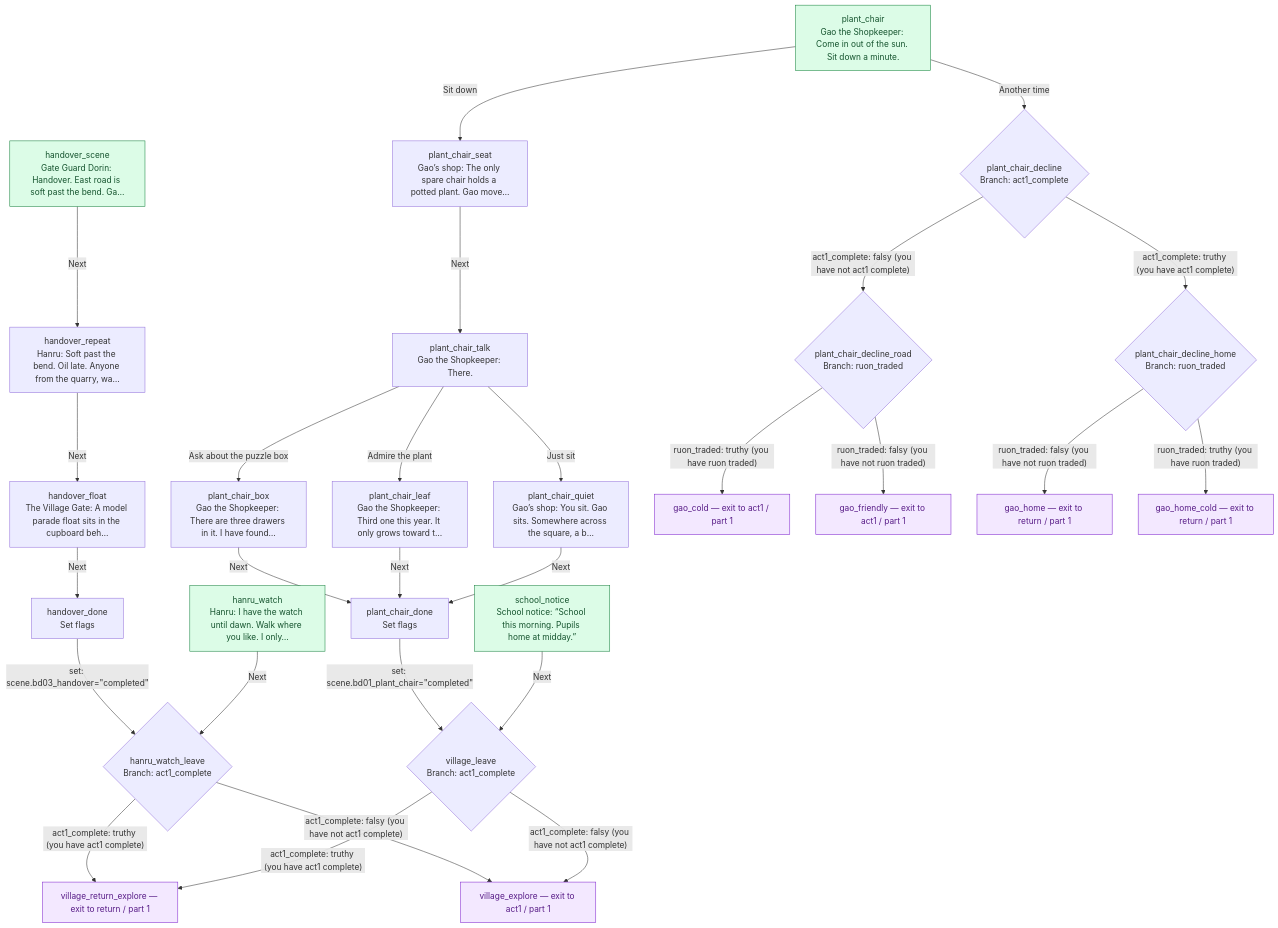
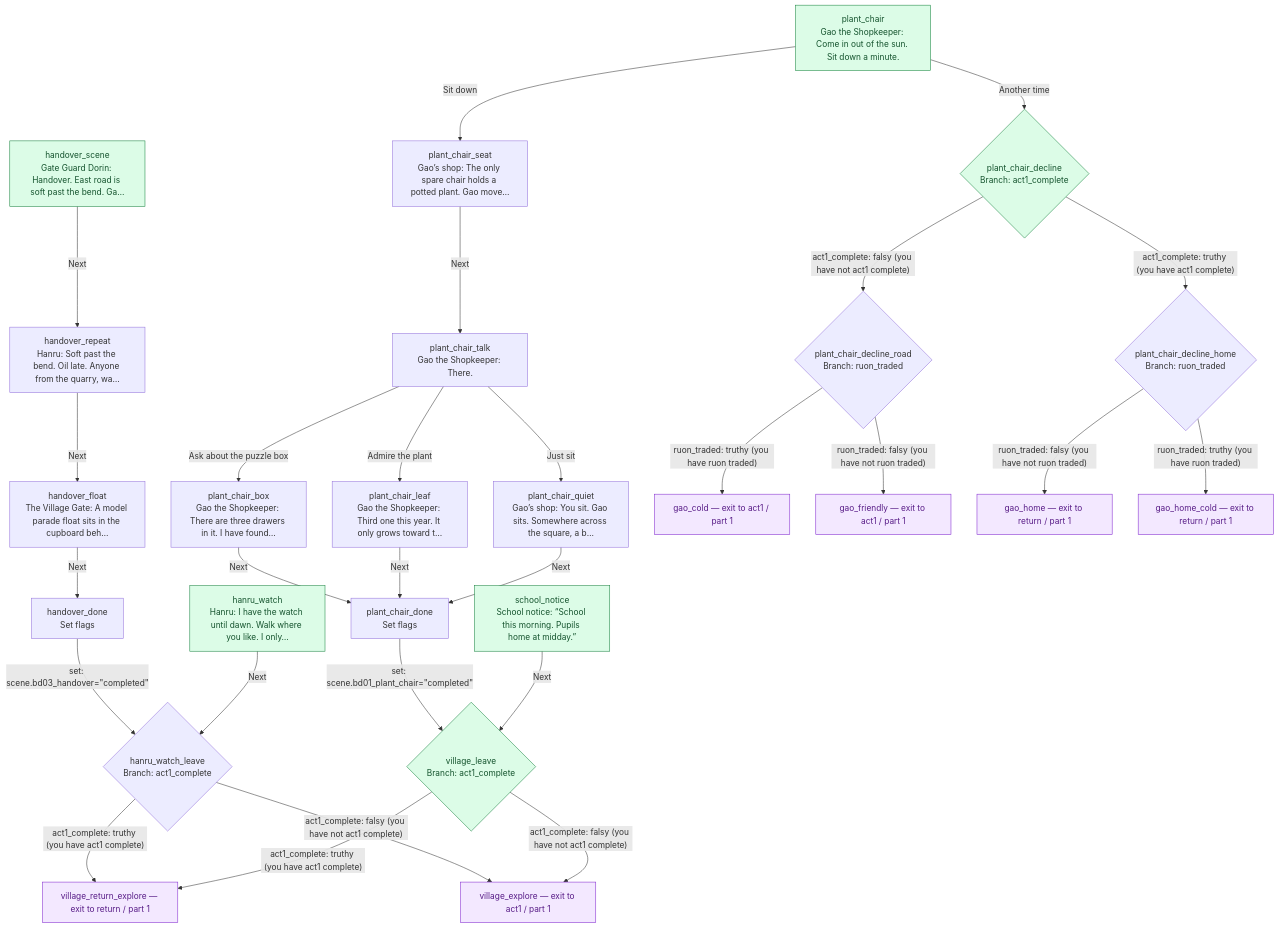
Before and after one commit to jaredbahr/Avatarrpg: the diagram in docs/story/ba-dan-day.md, drawn with Mermaid. The commit also changed 12 other files, not shown here.

````diff
--- a/docs/story/ba-dan-day.md
+++ b/docs/story/ba-dan-day.md
@@ -21,56 +21,56 @@
 ```mermaid
 flowchart TD
   n49["handover_done<br/>Set flags"]
   n50["handover_float<br/>The Village Gate: A model parade float sits in the cupboard beh…"]
   n51["handover_repeat<br/>Hanru: Soft past the bend. Oil late. Anyone from the quarry, wa…"]
   n52["handover_scene<br/>Gate Guard Dorin: Handover. East road is soft past the bend. Ga…"]:::entry
   n53["hanru_watch<br/>Hanru: I have the watch until dawn. Walk where you like. I only…"]:::entry
   n54{"hanru_watch_leave<br/>Branch: act1_complete"}
   n70["plant_chair<br/>Gao the Shopkeeper: Come in out of the sun. Sit down a minute."]:::entry
   n71["plant_chair_box<br/>Gao the Shopkeeper: There are three drawers in it. I have found…"]
-  n72{"plant_chair_decline<br/>Branch: act1_complete"}
+  n72{"plant_chair_decline<br/>Branch: act1_complete"}:::entry
   n73{"plant_chair_decline_home<br/>Branch: ruon_traded"}
   n74{"plant_chair_decline_road<br/>Branch: ruon_traded"}
   n75["plant_chair_done<br/>Set flags"]
   n76["plant_chair_leaf<br/>Gao the Shopkeeper: Third one this year. It only grows toward t…"]
   n77["plant_chair_quiet<br/>Gao’s shop: You sit. Gao sits. Somewhere across the square, a b…"]
   n78["plant_chair_seat<br/>Gao’s shop: The only spare chair holds a potted plant. Gao move…"]
   n79["plant_chair_talk<br/>Gao the Shopkeeper: There."]
   n101["school_notice<br/>School notice: “School this morning. Pupils home at midday.”"]:::entry
-  n106{"village_leave<br/>Branch: act1_complete"}
+  n120{"village_leave<br/>Branch: act1_complete"}:::entry
   n38["gao_cold — exit to act1 / part 1"]:::external
   n39["gao_friendly — exit to act1 / part 1"]:::external
   n40["gao_home — exit to return / part 1"]:::external
   n41["gao_home_cold — exit to return / part 1"]:::external
-  n105["village_explore — exit to act1 / part 1"]:::external
-  n107["village_return_explore — exit to return / part 1"]:::external
+  n119["village_explore — exit to act1 / part 1"]:::external
+  n121["village_return_explore — exit to return / part 1"]:::external
   n49 -->|"set: scene.bd03_handover=#quot;completed#quot;"| n54
   n50 -->|"Next"| n49
   n51 -->|"Next"| n50
   n52 -->|"Next"| n51
   n53 -->|"Next"| n54
-  n54 -->|"act1_complete: truthy (you have act1 complete)"| n107
-  n54 -->|"act1_complete: falsy (you have not act1 complete)"| n105
+  n54 -->|"act1_complete: truthy (you have act1 complete)"| n121
+  n54 -->|"act1_complete: falsy (you have not act1 complete)"| n119
   n70 -->|"Sit down"| n78
   n70 -->|"Another time"| n72
   n71 -->|"Next"| n75
   n72 -->|"act1_complete: truthy (you have act1 complete)"| n73
   n72 -->|"act1_complete: falsy (you have not act1 complete)"| n74
   n73 -->|"ruon_traded: truthy (you have ruon traded)"| n41
   n73 -->|"ruon_traded: falsy (you have not ruon traded)"| n40
   n74 -->|"ruon_traded: truthy (you have ruon traded)"| n38
   n74 -->|"ruon_traded: falsy (you have not ruon traded)"| n39
-  n75 -->|"set: scene.bd01_plant_chair=#quot;completed#quot;"| n106
+  n75 -->|"set: scene.bd01_plant_chair=#quot;completed#quot;"| n120
   n76 -->|"Next"| n75
   n77 -->|"Next"| n75
   n78 -->|"Next"| n79
   n79 -->|"Admire the plant"| n76
   n79 -->|"Ask about the puzzle box"| n71
   n79 -->|"Just sit"| n77
-  n101 -->|"Next"| n106
-  n106 -->|"act1_complete: truthy (you have act1 complete)"| n107
-  n106 -->|"act1_complete: falsy (you have not act1 complete)"| n105
+  n101 -->|"Next"| n120
+  n120 -->|"act1_complete: truthy (you have act1 complete)"| n121
+  n120 -->|"act1_complete: falsy (you have not act1 complete)"| n119
   classDef entry fill:#dcfce7,stroke:#15803d,color:#14532d
   classDef external fill:#f3e8ff,stroke:#7e22ce,color:#581c87
   classDef continuation fill:#f8fafc,stroke:#475569,color:#0f172a,stroke-dasharray:5 5
 ```
````
